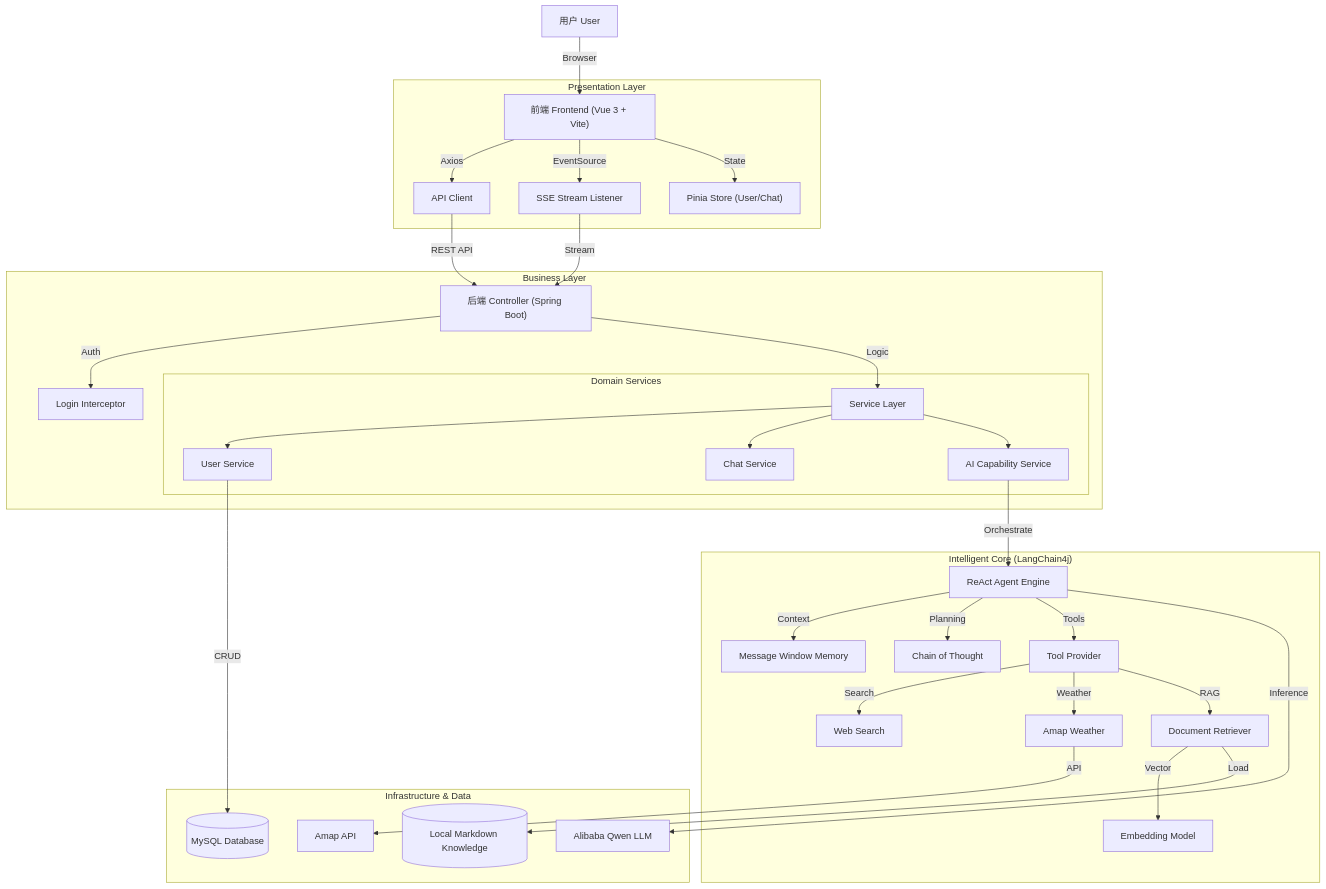
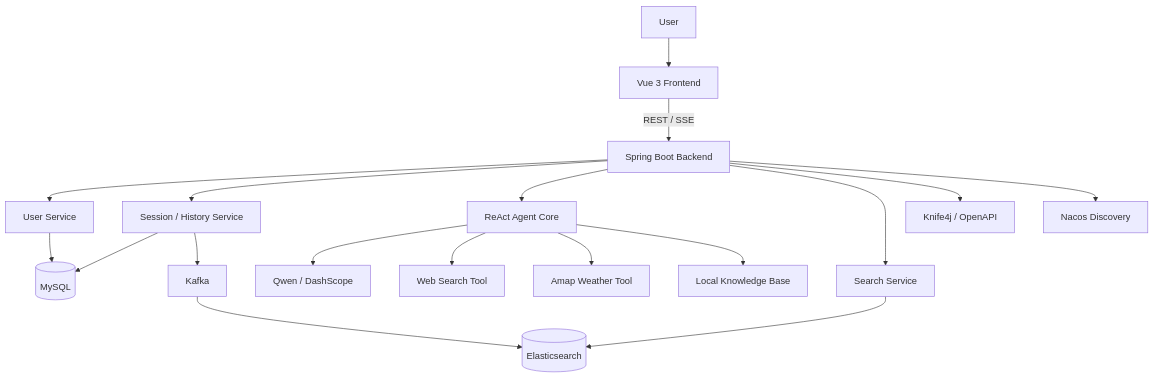
Before and after one commit to EagerBaldy/AI-Agent: the first of 2 diagrams in README.md, drawn with Mermaid. The commit also changed other lines of this file, not shown here.

````diff
--- a/README.md
+++ b/README.md
@@ -142,44 +187,24 @@
 ```mermaid
 graph TD
-    User[用户 User] --> |Browser| Frontend["前端 Frontend (Vue 3 + Vite)"]
-    
-    subgraph "Presentation Layer"
-        Frontend --> |Axios| API[API Client]
-        Frontend --> |EventSource| SSE[SSE Stream Listener]
-        Frontend --> |State| Pinia["Pinia Store (User/Chat)"]
-    end
-    
-    API --> |REST API| Controller["后端 Controller (Spring Boot)"]
-    SSE --> |Stream| Controller
-    
-    subgraph "Business Layer"
-        Controller --> |Auth| Interceptor[Login Interceptor]
-        Controller --> |Logic| Service[Service Layer]
-        
-        subgraph "Domain Services"
-            Service --> AuthService[User Service]
-            Service --> ChatService[Chat Service]
-            Service --> AIService[AI Capability Service]
-        end
-    end
-    
-    subgraph "Intelligent Core (LangChain4j)"
-        AIService --> |Orchestrate| AgentEngine[ReAct Agent Engine]
-        
-        AgentEngine --> |Context| Memory[Message Window Memory]
-        AgentEngine --> |Planning| Planner[Chain of Thought]
-        AgentEngine --> |Tools| ToolManager[Tool Provider]
-        
-        ToolManager --> |Search| WebSearch[Web Search]
-        ToolManager --> |Weather| WeatherTool[Amap Weather]
-        ToolManager --> |RAG| Retriever[Document Retriever]
-        Retriever --> |Vector| Embed[Embedding Model]
-    end
-    
-    subgraph "Infrastructure & Data"
-        AgentEngine --> |Inference| LLM[Alibaba Qwen LLM]
-        WeatherTool --> |API| Amap[Amap API]
-        AuthService --> |CRUD| MySQL[(MySQL Database)]
-        Retriever --> |Load| Knowledge[(Local Markdown Knowledge)]
-    end
+    User[User] --> Frontend[Vue 3 Frontend]
+    Frontend -->|REST / SSE| Backend[Spring Boot Backend]
+
+    Backend --> UserService[User Service]
+    Backend --> SessionService[Session / History Service]
+    Backend --> AgentCore[ReAct Agent Core]
+    Backend --> SearchService[Search Service]
+
+    AgentCore --> LLM[Qwen / DashScope]
+    AgentCore --> WebTool[Web Search Tool]
+    AgentCore --> WeatherTool[Amap Weather Tool]
+    AgentCore --> Knowledge[Local Knowledge Base]
+
+    UserService --> MySQL[(MySQL)]
+    SessionService --> MySQL
+    SessionService --> Kafka[Kafka]
+    Kafka --> Elasticsearch[(Elasticsearch)]
+    SearchService --> Elasticsearch
+
+    Backend --> Knife4j[Knife4j / OpenAPI]
+    Backend --> Nacos[Nacos Discovery]
 ```
````
